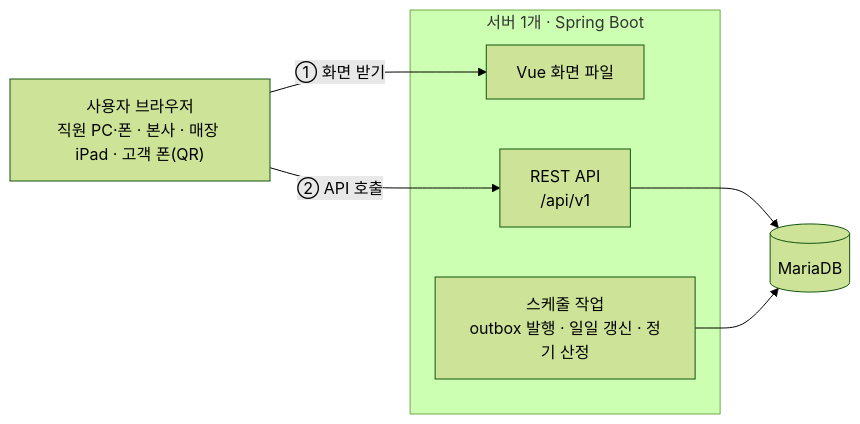
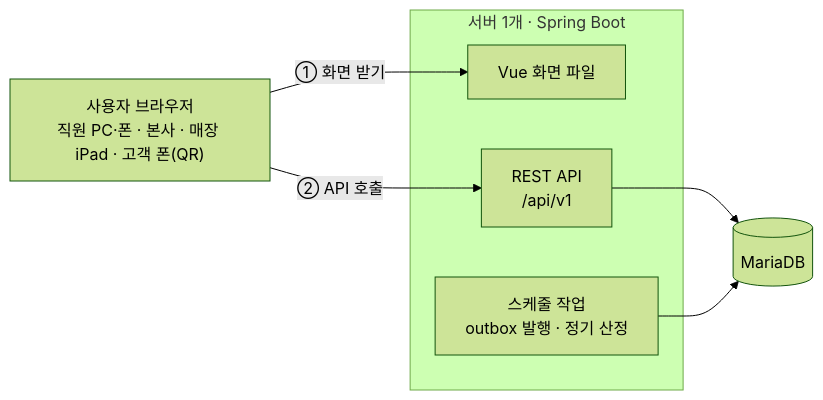
The first of 3 diagrams in docs/04-architecture.md (wjdqudwls/store-crm), drawn with Mermaid (forest theme) before and after one commit. The commit also changed other lines of this file and 8 other files, not shown here.

````diff
--- a/docs/04-architecture.md
+++ b/docs/04-architecture.md
@@ -12,17 +12,17 @@
 ```mermaid
 flowchart LR
     users["사용자 브라우저<br/>직원 PC·폰 · 본사 · 매장 iPad · 고객 폰(QR)"]
 
     subgraph server["서버 1개 · Spring Boot"]
         web["Vue 화면 파일"]
         api["REST API<br/>/api/v1"]
-        jobs["스케줄 작업<br/>outbox 발행 · 일일 갱신 · 정기 산정"]
+        jobs["스케줄 작업<br/>outbox 발행 · 정기 산정"]
     end
 
     db[("MariaDB")]
 
     users -->|"① 화면 받기"| web
     users -->|"② API 호출"| api
     api --> db
     jobs --> db
 ```
````
